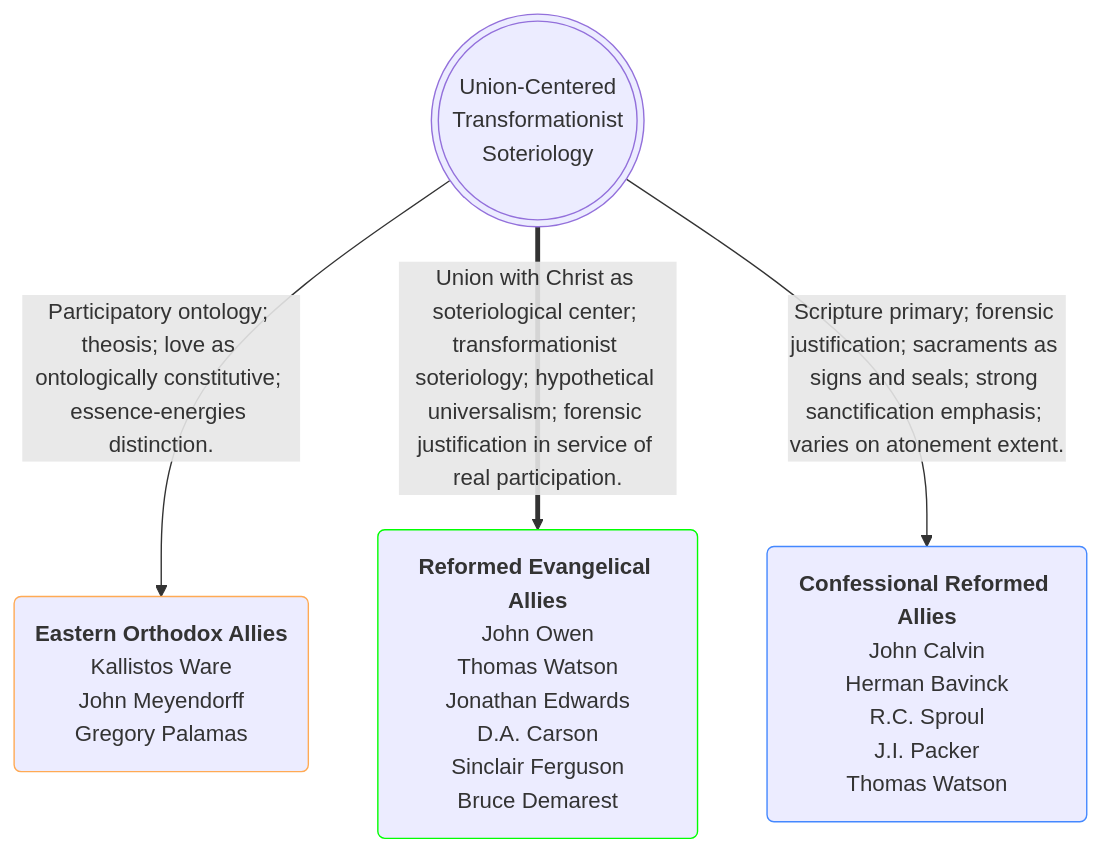
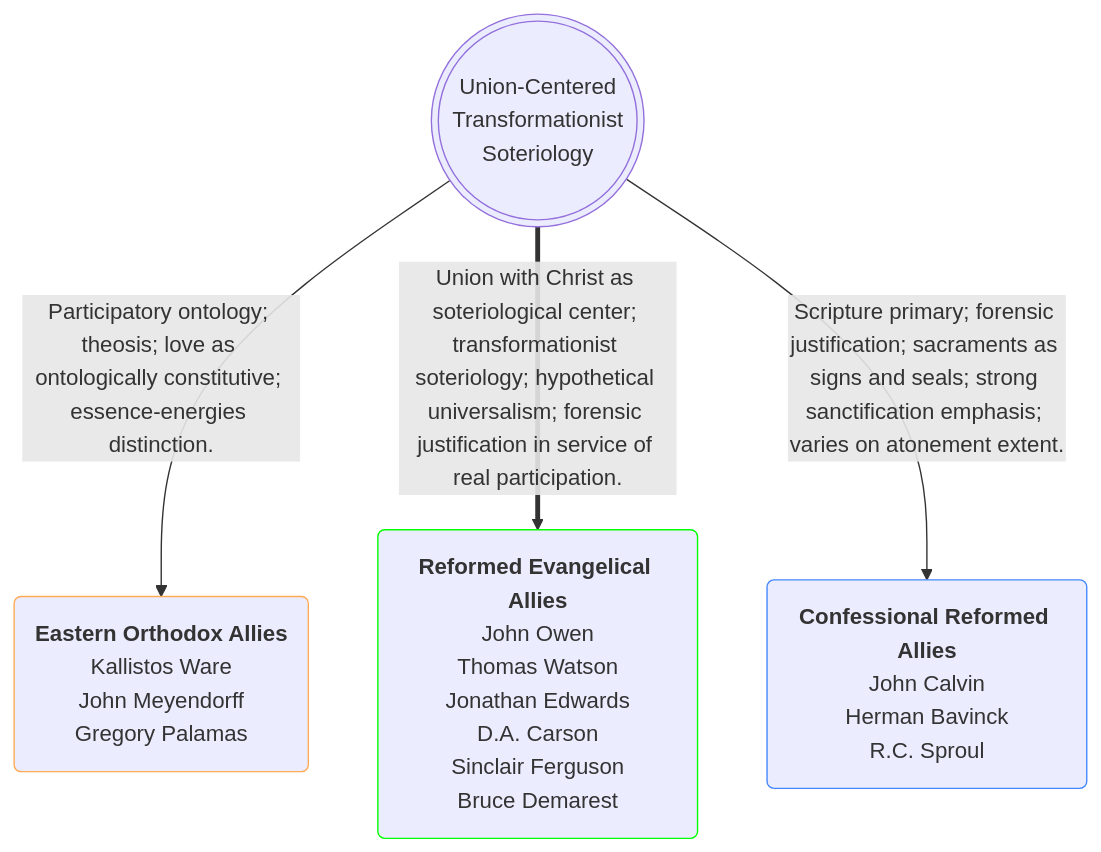
Before and after one commit to OrdoLuminis/ordoluminis.github.io: the second of 2 diagrams in _posts/2026-03-27-confessional-vs-anglo-catholic.markdown, drawn with Mermaid.

Commit message:
duplicates

````diff
--- a/_posts/2026-03-27-confessional-vs-anglo-catholic.markdown
+++ b/_posts/2026-03-27-confessional-vs-anglo-catholic.markdown
@@ -55,10 +55,10 @@
 ```mermaid
 flowchart TD
     A(((Union-Centered<br>Transformationist<br>Soteriology)))
     A -->|Participatory ontology; theosis; love as ontologically constitutive; essence-energies distinction.| B(<strong>Eastern Orthodox Allies</strong><br>Kallistos Ware<br>John Meyendorff<br>Gregory Palamas):::orange
     A ==>|Union with Christ as soteriological center; transformationist soteriology; hypothetical universalism; forensic justification in service of real participation.| D(<strong>Reformed Evangelical Allies</strong><br>John Owen<br>Thomas Watson<br>Jonathan Edwards<br>D.A. Carson<br>Sinclair Ferguson<br>Bruce Demarest):::green
-    A -->|Scripture primary; forensic justification; sacraments as signs and seals; strong sanctification emphasis; varies on atonement extent.| C(<strong>Confessional Reformed Allies</strong><br>John Calvin<br>Herman Bavinck<br>R.C. Sproul<br>J.I. Packer<br>Thomas Watson):::blue
+    A -->|Scripture primary; forensic justification; sacraments as signs and seals; strong sanctification emphasis; varies on atonement extent.| C(<strong>Confessional Reformed Allies</strong><br>John Calvin<br>Herman Bavinck<br>R.C. Sproul):::blue
     classDef green stroke:#0f0
     classDef orange stroke:#fa5
     classDef blue stroke:#48f
 ```
````
